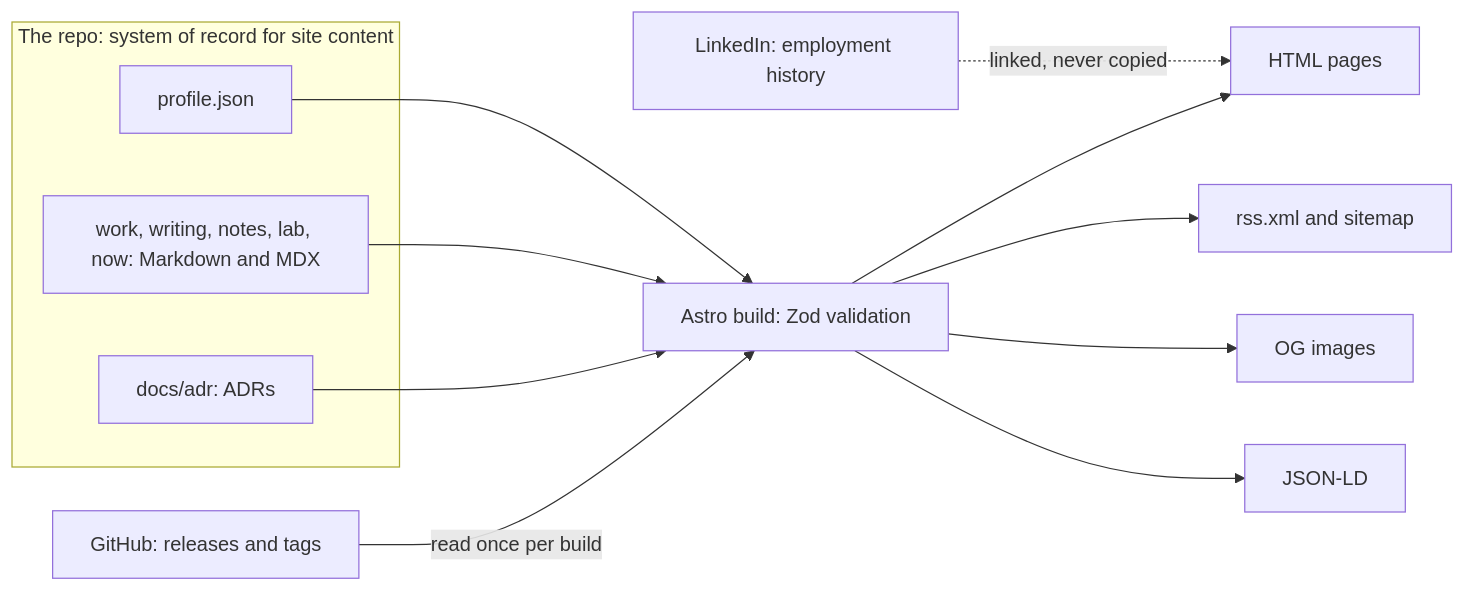
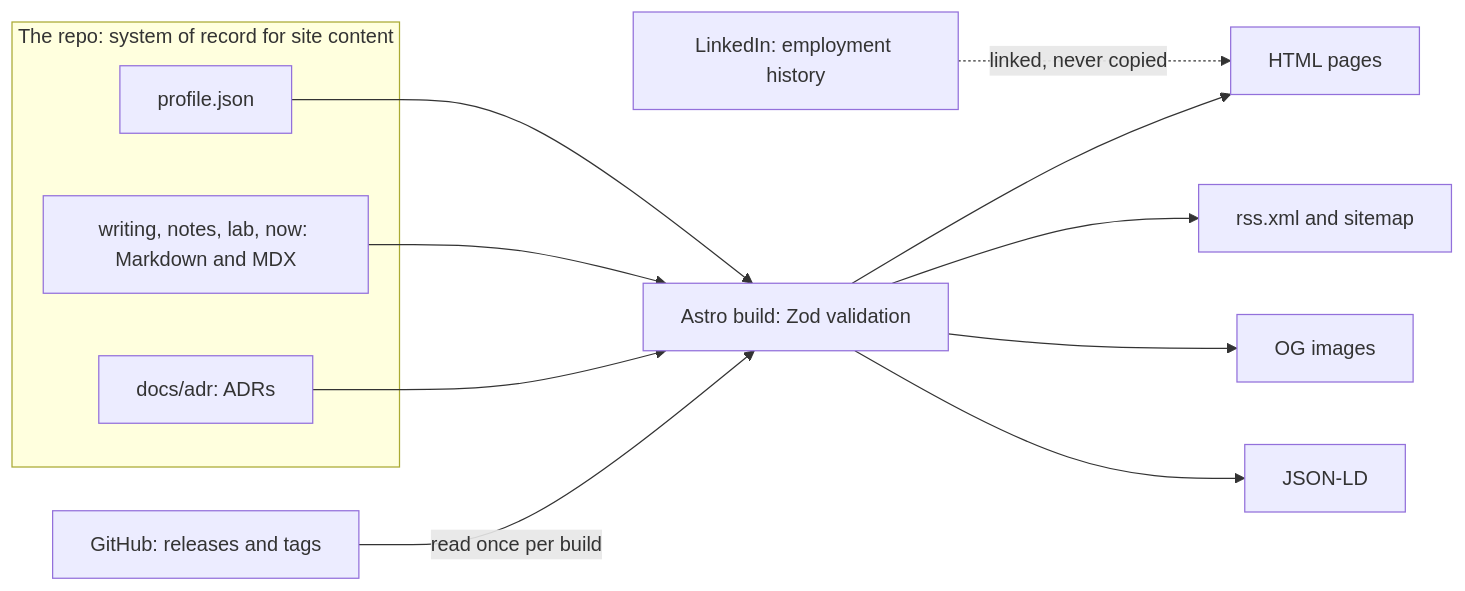
One commit to IHaveASegway/website changed the diagram in docs/content.md. Above: the diagram before and after it, drawn with Mermaid. The commit also changed other lines of this file and 14 other files, not shown here.

````diff
--- a/docs/content.md
+++ b/docs/content.md
@@ -221,20 +165,20 @@
 ```mermaid
 flowchart LR
   subgraph repo [The repo: system of record for site content]
     profile[profile.json]
-    md[work, writing, notes, lab, now: Markdown and MDX]
+    md[writing, notes, lab, now: Markdown and MDX]
     adr[docs/adr: ADRs]
   end
   gh[GitHub: releases and tags]
   li[LinkedIn: employment history]
   build[Astro build: Zod validation]
   profile --> build
   md --> build
   adr --> build
   gh -- read once per build --> build
   build --> pages[HTML pages]
   build --> feeds[rss.xml and sitemap]
   build --> og[OG images]
   build --> ld[JSON-LD]
   li -. linked, never copied .-> pages
 ```
````
